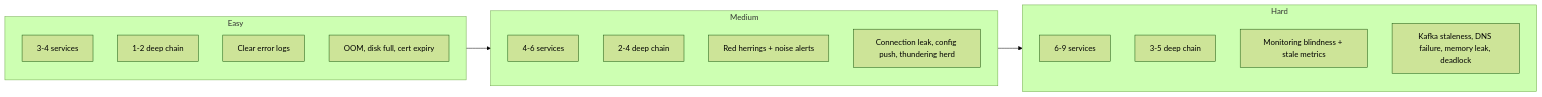
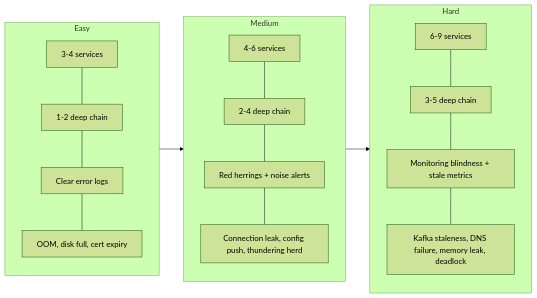
The third of 4 diagrams in README.md (wildcraft958/incident_triage_env), drawn with Mermaid (forest theme) before and after one commit. The commit also changed other lines of this file and 1 other file, not shown here.

First line of the commit message:
Fix remaining Mermaid render failures on GitHub

````diff
--- a/README.md
+++ b/README.md
@@ -75,25 +67,16 @@
 ```mermaid
 flowchart LR
     subgraph Easy["Easy"]
-        E1["3-4 services"]
-        E2["1-2 deep chain"]
-        E3["Clear error logs"]
-        E4["OOM, disk full, cert expiry"]
+        E1["3-4 services"] --- E2["1-2 deep chain"] --- E3["Clear error logs"] --- E4["OOM, disk full, cert expiry"]
     end
 
     subgraph Medium["Medium"]
-        M1["4-6 services"]
-        M2["2-4 deep chain"]
-        M3["Red herrings + noise alerts"]
-        M4["Connection leak, config push, thundering herd"]
+        M1["4-6 services"] --- M2["2-4 deep chain"] --- M3["Red herrings + noise alerts"] --- M4["Connection leak, config push, thundering herd"]
     end
 
     subgraph Hard["Hard"]
-        H1["6-9 services"]
-        H2["3-5 deep chain"]
-        H3["Monitoring blindness + stale metrics"]
-        H4["Kafka staleness, DNS failure, memory leak, deadlock"]
+        H1["6-9 services"] --- H2["3-5 deep chain"] --- H3["Monitoring blindness + stale metrics"] --- H4["Kafka staleness, DNS failure, memory leak, deadlock"]
     end
 
     Easy --> Medium --> Hard
 ```
````
